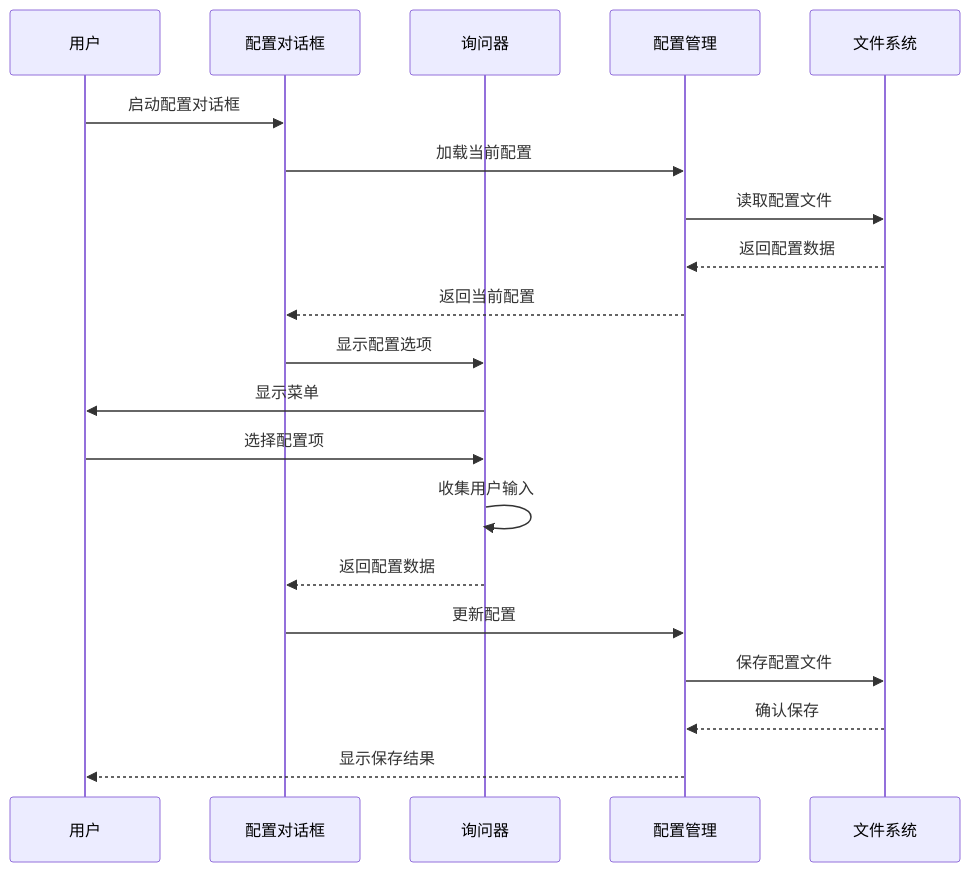
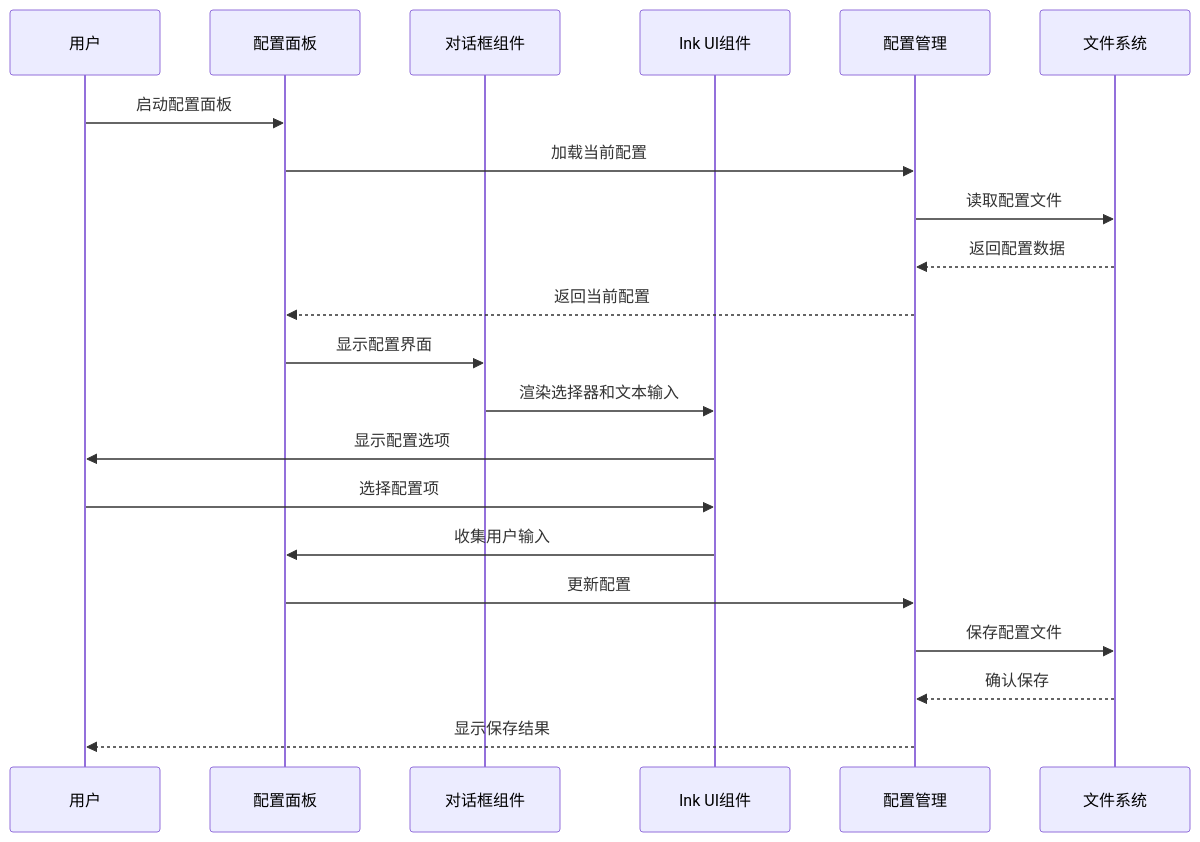
Before and after one commit to HAOFUYANG/onion-code: the sixth of 7 diagrams in .qoder/repowiki/zh/content/配置管理.md, drawn with Mermaid. The commit also changed other lines of this file and 80 other files, not shown here.

````diff
--- a/.qoder/repowiki/zh/content/配置管理.md
+++ b/.qoder/repowiki/zh/content/配置管理.md
@@ -224,22 +241,23 @@
 ```mermaid
 sequenceDiagram
 participant User as 用户
-participant Dialog as 配置对话框
-participant Inquirer as 询问器
+participant ConfigPanel as 配置面板
+participant Dialog as 对话框组件
+participant UI as Ink UI组件
 participant Config as 配置管理
 participant FS as 文件系统
-User->>Dialog : 启动配置对话框
-Dialog->>Config : 加载当前配置
+User->>ConfigPanel : 启动配置面板
+ConfigPanel->>Config : 加载当前配置
 Config->>FS : 读取配置文件
 FS-->>Config : 返回配置数据
-Config-->>Dialog : 返回当前配置
-Dialog->>Inquirer : 显示配置选项
-Inquirer->>User : 显示菜单
-User->>Inquirer : 选择配置项
-Inquirer->>Inquirer : 收集用户输入
-Inquirer-->>Dialog : 返回配置数据
-Dialog->>Config : 更新配置
+Config-->>ConfigPanel : 返回当前配置
+ConfigPanel->>Dialog : 显示配置界面
+Dialog->>UI : 渲染选择器和文本输入
+UI->>User : 显示配置选项
+User->>UI : 选择配置项
+UI->>ConfigPanel : 收集用户输入
+ConfigPanel->>Config : 更新配置
 Config->>FS : 保存配置文件
 FS-->>Config : 确认保存
 Config-->>User : 显示保存结果
 ```
````
